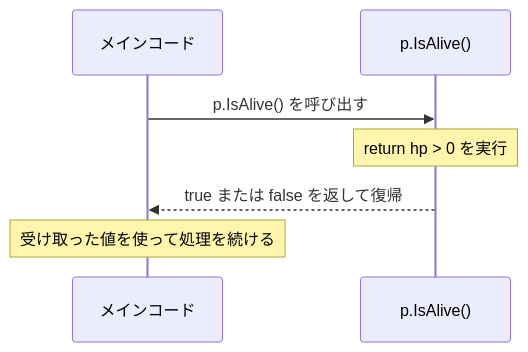
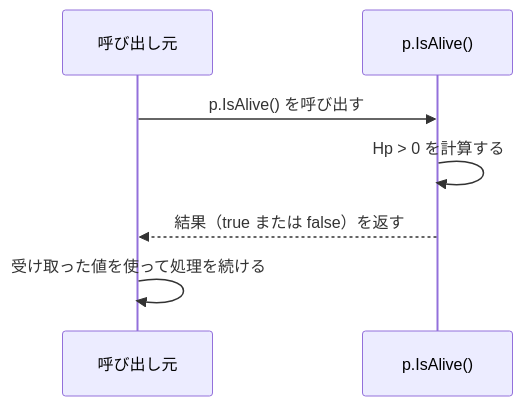
One commit to LeonAkasaka/unity-csharp-learning changed the second of 2 diagrams in docs/csharp/methods/index.md. Above: the diagram before and after it, drawn with Mermaid. The commit also changed other lines of this file and 7 other files, not shown here.

````diff
--- a/docs/csharp/methods/index.md
+++ b/docs/csharp/methods/index.md
@@ -268,10 +295,9 @@
 ```mermaid
 sequenceDiagram
-    participant C as メインコード
+    participant C as 呼び出し元
     participant M as p.IsAlive()
-
     C->>M: p.IsAlive() を呼び出す
-    Note over M: return hp > 0 を実行
-    M-->>C: true または false を返して復帰
-    Note over C: 受け取った値を使って処理を続ける
+    M->>M: Hp > 0 を計算する
+    M-->>C: 結果（true または false）を返す
+    C->>C: 受け取った値を使って処理を続ける
 ```
````
